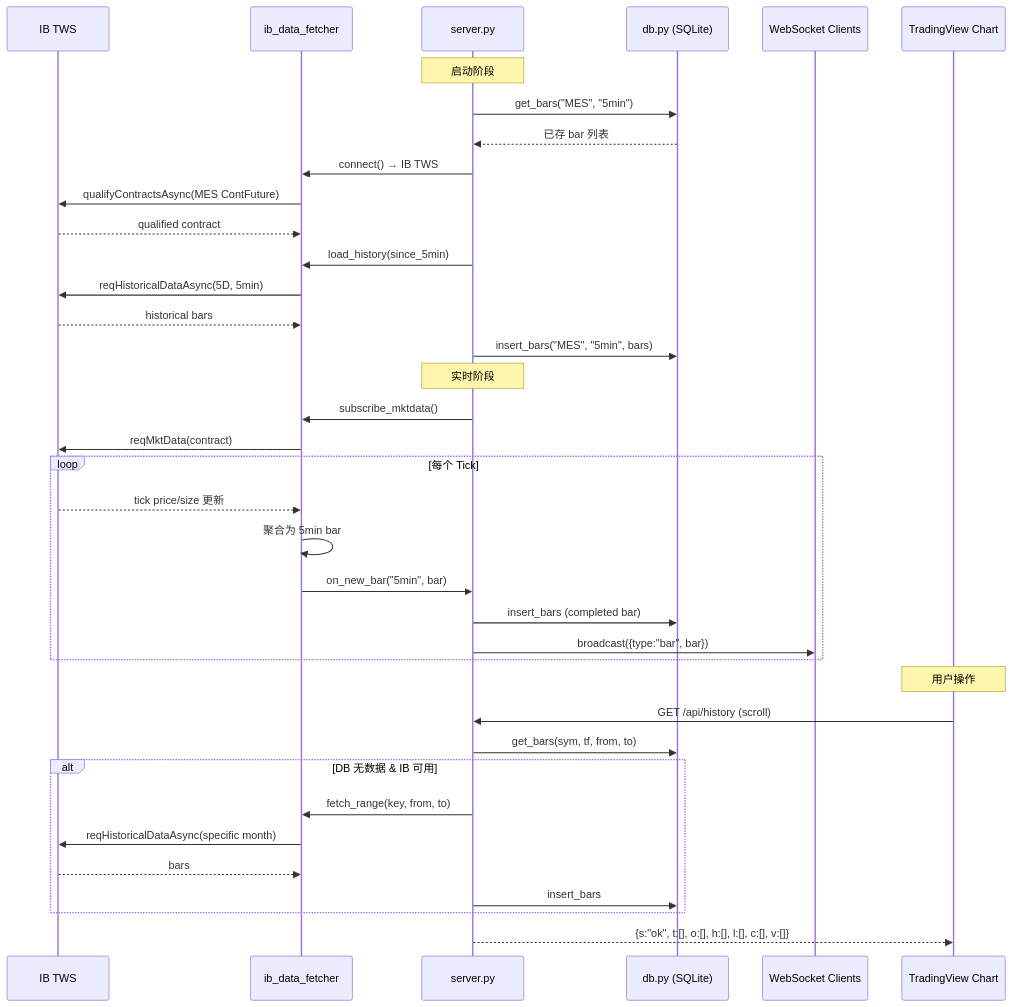
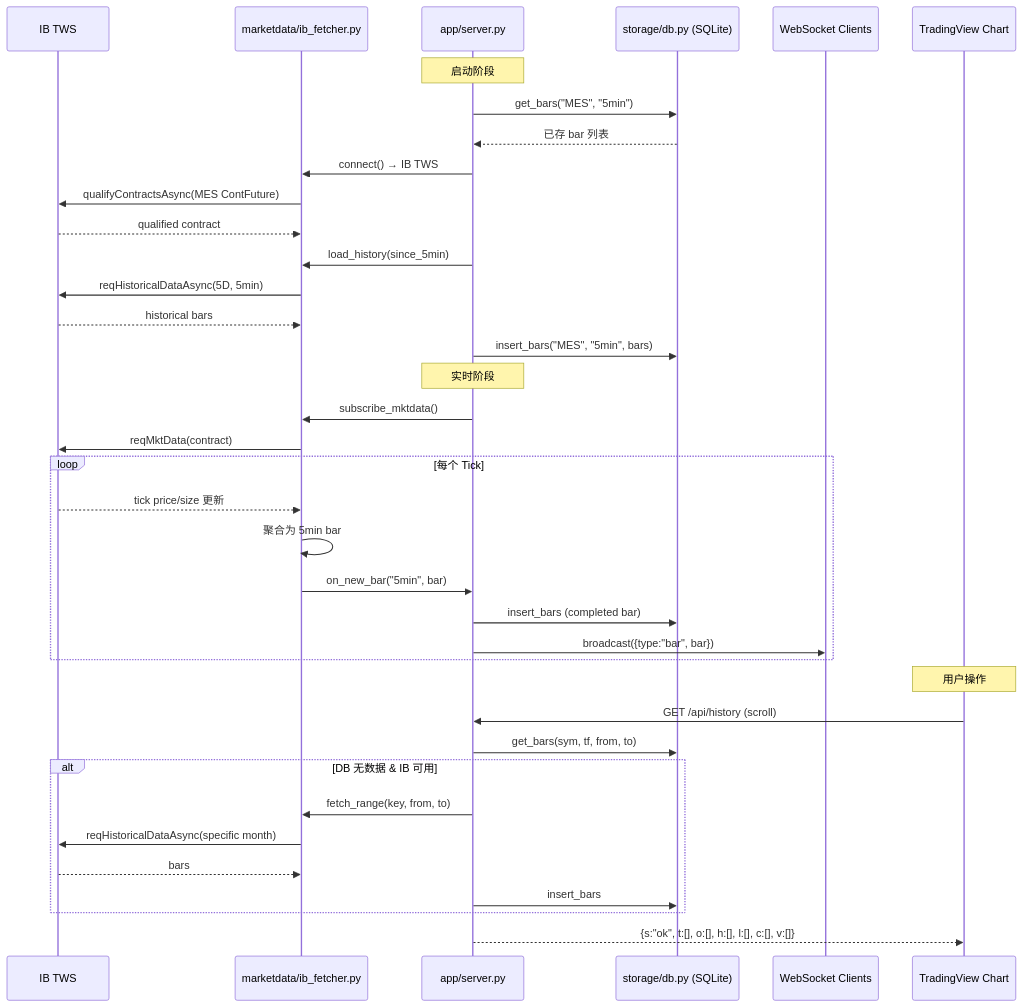
The fifth of 7 diagrams in priceaction/README.md (ditto0907/TradeDev), drawn with Mermaid before and after one commit. The commit also changed other lines of this file and 45 other files, not shown here.

````diff
--- a/priceaction/README.md
+++ b/priceaction/README.md
@@ -419,42 +415,42 @@
 ```mermaid
 sequenceDiagram
     participant TWS as IB TWS
-    participant IDF as ib_data_fetcher
-    participant SRV as server.py
-    participant DB as db.py (SQLite)
+    participant IDF as marketdata/ib_fetcher.py
+    participant SRV as app/server.py
+    participant DB as storage/db.py (SQLite)
     participant WS as WebSocket Clients
     participant TV as TradingView Chart
 
     Note over SRV: 启动阶段
     SRV->>DB: get_bars("MES", "5min")
     DB-->>SRV: 已存 bar 列表
     SRV->>IDF: connect() → IB TWS
     IDF->>TWS: qualifyContractsAsync(MES ContFuture)
     TWS-->>IDF: qualified contract
     SRV->>IDF: load_history(since_5min)
     IDF->>TWS: reqHistoricalDataAsync(5D, 5min)
     TWS-->>IDF: historical bars
     SRV->>DB: insert_bars("MES", "5min", bars)
 
     Note over SRV: 实时阶段
     SRV->>IDF: subscribe_mktdata()
     IDF->>TWS: reqMktData(contract)
     loop 每个 Tick
         TWS-->>IDF: tick price/size 更新
         IDF->>IDF: 聚合为 5min bar
         IDF->>SRV: on_new_bar("5min", bar)
         SRV->>DB: insert_bars (completed bar)
         SRV->>WS: broadcast({type:"bar", bar})
     end
 
     Note over TV: 用户操作
     TV->>SRV: GET /api/history (scroll)
     SRV->>DB: get_bars(sym, tf, from, to)
     alt DB 无数据 & IB 可用
         SRV->>IDF: fetch_range(key, from, to)
         IDF->>TWS: reqHistoricalDataAsync(specific month)
         TWS-->>IDF: bars
         SRV->>DB: insert_bars
     end
     SRV-->>TV: {s:"ok", t:[], o:[], h:[], l:[], c:[], v:[]}
 ```
````
